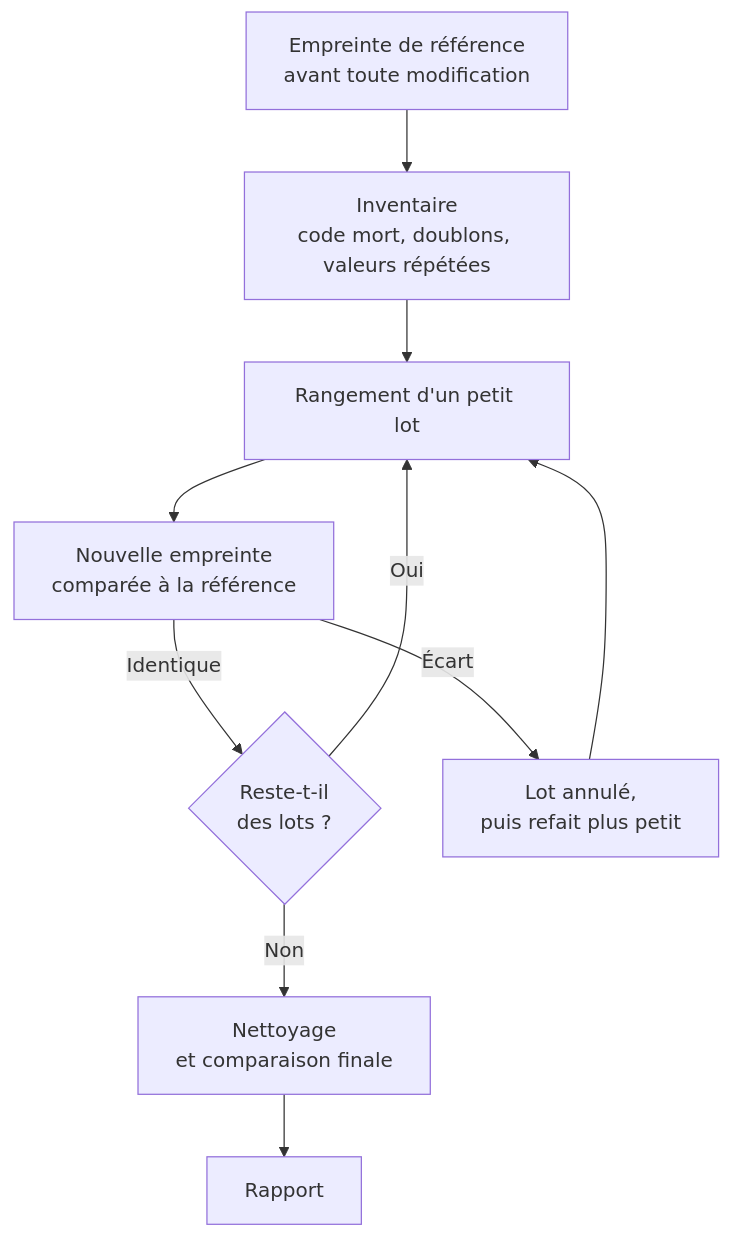
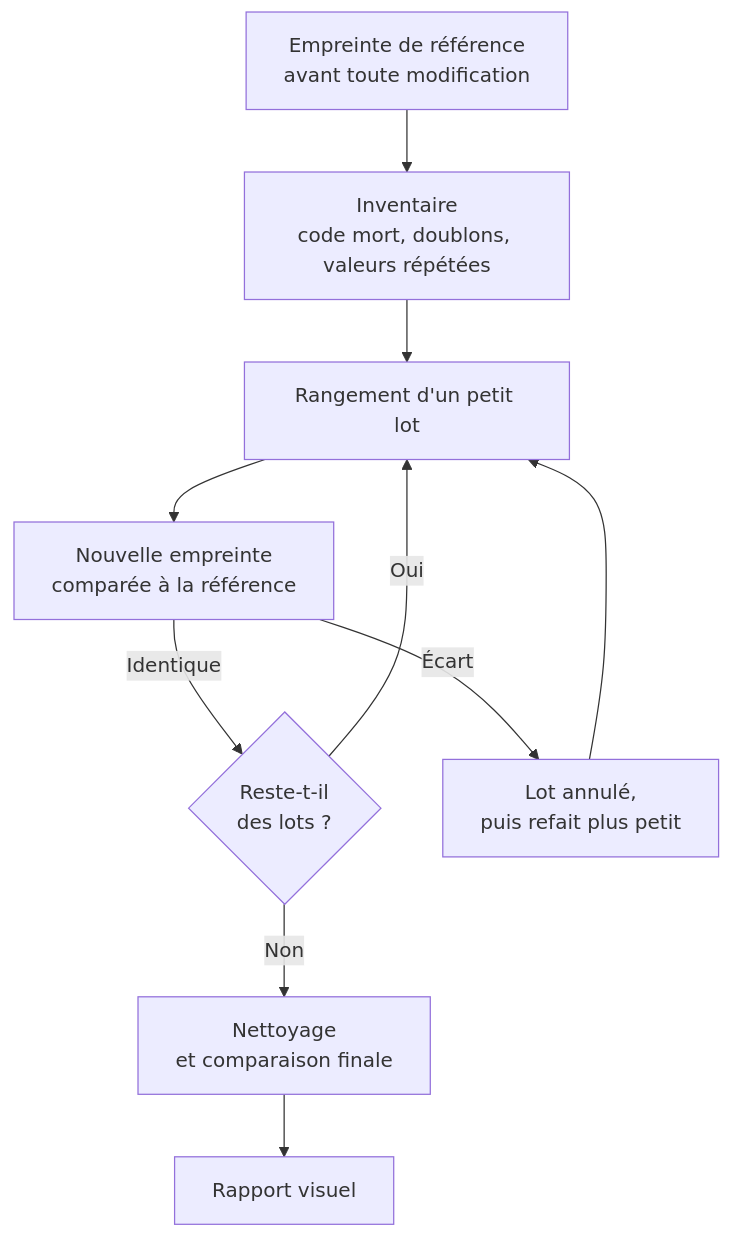
The diagram in README.md (Lilcifer75018/skill-refacto), drawn with Mermaid before and after one commit. The commit also changed other lines of this file and 8 other files, not shown here.

Commit message:
Version 1.1.0 : exploration automatique des états, accessibilité, poids et vitesse, rapport visuel

````diff
--- a/README.md
+++ b/README.md
@@ -25,12 +30,12 @@
 ```mermaid
 flowchart TD
     A["Empreinte de référence<br/>avant toute modification"] --> B["Inventaire<br/>code mort, doublons, valeurs répétées"]
     B --> C["Rangement d'un petit lot"]
     C --> D["Nouvelle empreinte<br/>comparée à la référence"]
     D -->|Identique| E{"Reste-t-il<br/>des lots ?"}
     D -->|Écart| F["Lot annulé,<br/>puis refait plus petit"]
     F --> C
     E -->|Oui| C
     E -->|Non| G["Nettoyage<br/>et comparaison finale"]
-    G --> H["Rapport"]
+    G --> H["Rapport visuel"]
 ```
````
